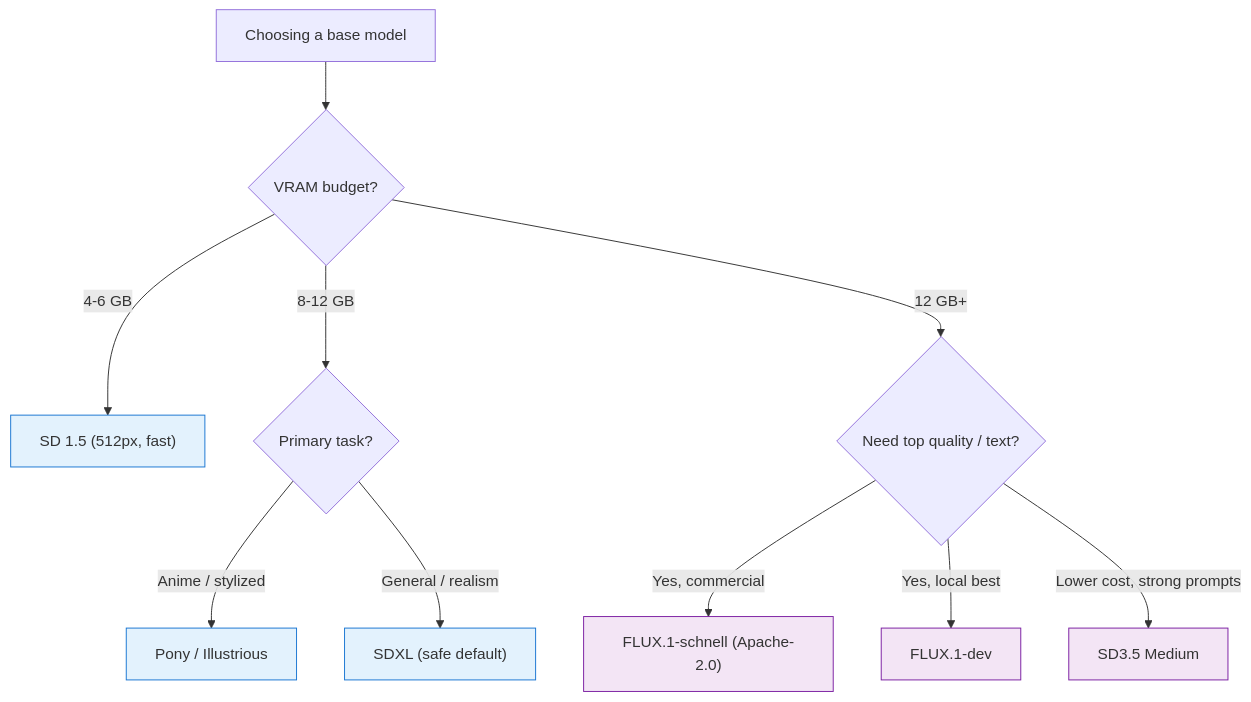
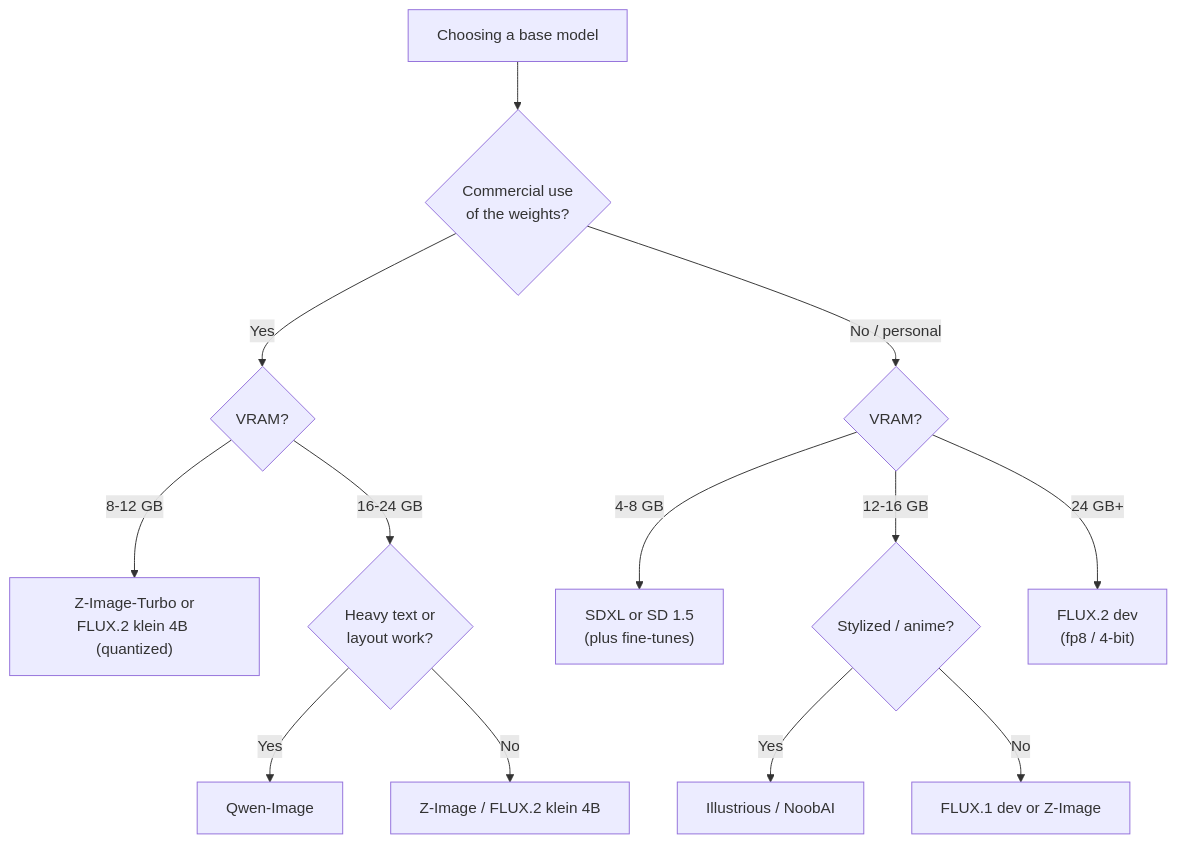
One commit to AndrewAltimit/Documentation changed the second of 2 diagrams in github-pages/docs/ai-ml/base-models-comparison.md. Above: the diagram before and after it, drawn with Mermaid. The commit also changed other lines of this file and 240 other files, not shown here.

````diff
--- a/github-pages/docs/ai-ml/base-models-comparison.md
+++ b/github-pages/docs/ai-ml/base-models-comparison.md
@@ -166,16 +164,15 @@
 ```mermaid
 flowchart TD
-    Start["Choosing a base model"] --> VRAM{"VRAM budget?"}
-    VRAM -->|"4-6 GB"| SD15["SD 1.5 (512px, fast)"]
-    VRAM -->|"8-12 GB"| Task{"Primary task?"}
-    VRAM -->|"12 GB+"| Quality{"Need top quality / text?"}
-    Task -->|"Anime / stylized"| Pony["Pony / Illustrious"]
-    Task -->|"General / realism"| SDXL["SDXL (safe default)"]
-    Quality -->|"Yes, commercial"| Schnell["FLUX.1-schnell (Apache-2.0)"]
-    Quality -->|"Yes, local best"| FluxDev["FLUX.1-dev"]
-    Quality -->|"Lower cost, strong prompts"| SD3["SD3.5 Medium"]
-    classDef unet fill:#e3f2fd,stroke:#1976d2;
-    classDef dit fill:#f3e5f5,stroke:#7b1fa2;
-    class SD15,Pony,SDXL unet;
-    class Schnell,FluxDev,SD3 dit;
+    Start["Choosing a base model"] --> Lic{"Commercial use<br/>of the weights?"}
+    Lic -->|"Yes"| Perm{"VRAM?"}
+    Lic -->|"No / personal"| Any{"VRAM?"}
+    Perm -->|"8-12 GB"| PSmall["Z-Image-Turbo or<br/>FLUX.2 klein 4B (quantized)"]
+    Perm -->|"16-24 GB"| PText{"Heavy text or<br/>layout work?"}
+    PText -->|"Yes"| QI["Qwen-Image"]
+    PText -->|"No"| ZI["Z-Image / FLUX.2 klein 4B"]
+    Any -->|"4-8 GB"| Low["SDXL or SD 1.5<br/>(plus fine-tunes)"]
+    Any -->|"12-16 GB"| Mid{"Stylized / anime?"}
+    Mid -->|"Yes"| Anime["Illustrious / NoobAI"]
+    Mid -->|"No"| F1["FLUX.1 dev or Z-Image"]
+    Any -->|"24 GB+"| Top["FLUX.2 dev<br/>(fp8 / 4-bit)"]
 ```
````
